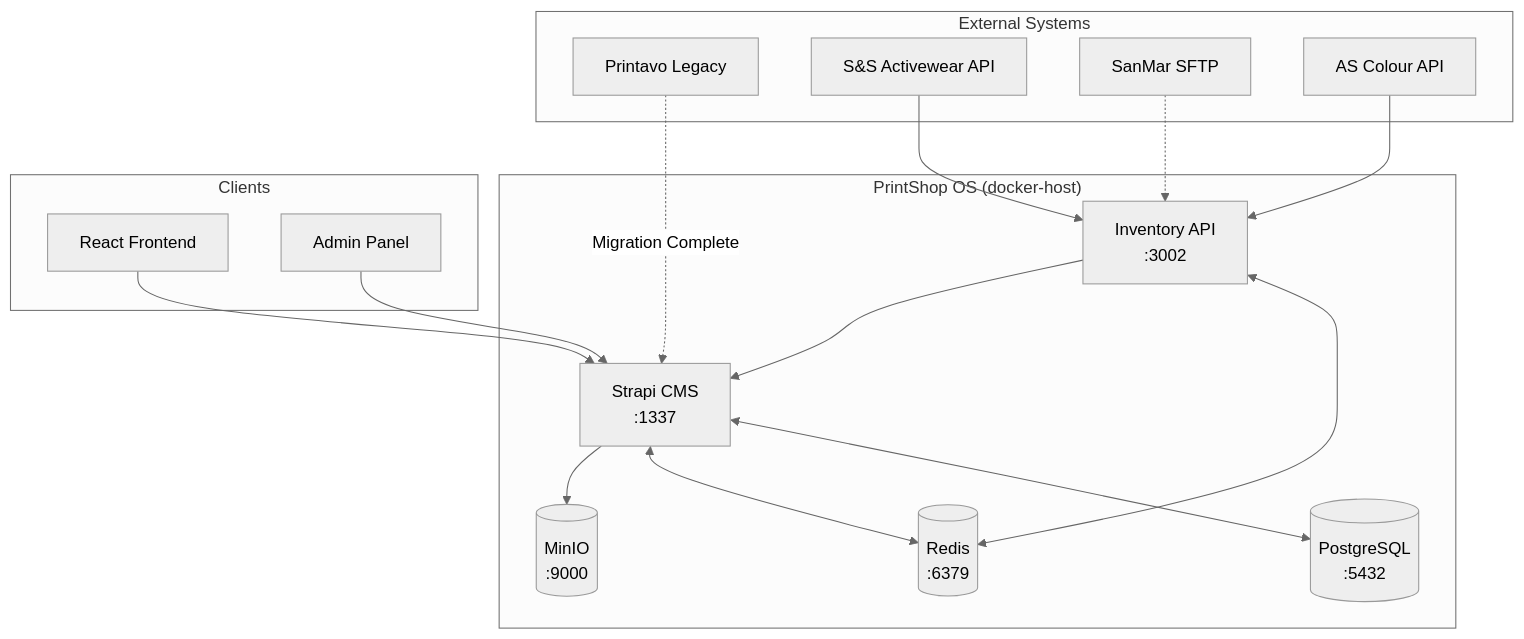
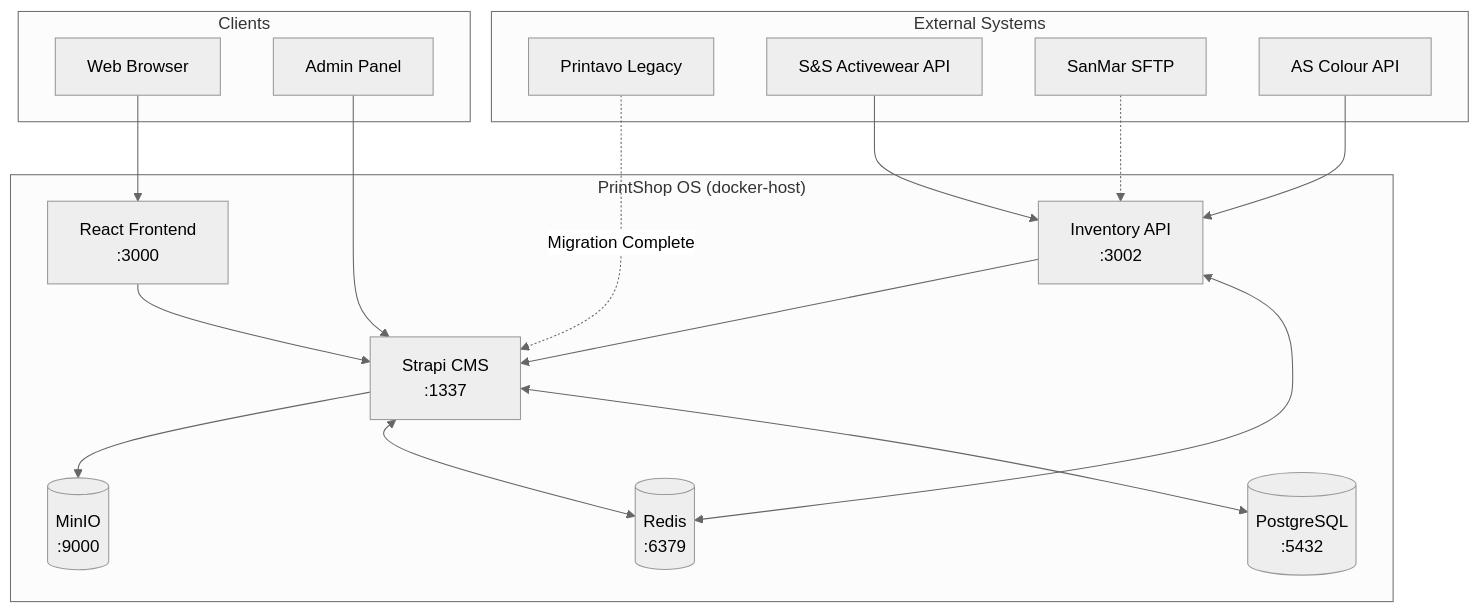
The first of 4 diagrams in docs/ARCHITECTURE_OVERVIEW.md (hypnotizedent/printshop-os), drawn with Mermaid (neutral theme) before and after one commit. The commit also changed other lines of this file and 3 other files, not shown here.

````diff
--- a/docs/ARCHITECTURE_OVERVIEW.md
+++ b/docs/ARCHITECTURE_OVERVIEW.md
@@ -13,37 +13,39 @@
 ```mermaid
 flowchart TB
     subgraph External["External Systems"]
         P[Printavo Legacy]
         SS[S&S Activewear API]
         SM[SanMar SFTP]
         AS[AS Colour API]
     end
     
     subgraph PrintShopOS["PrintShop OS (docker-host)"]
+        FE[React Frontend<br/>:3000]
         ST[Strapi CMS<br/>:1337]
         API[Inventory API<br/>:3002]
         PG[(PostgreSQL<br/>:5432)]
         RD[(Redis<br/>:6379)]
         MO[(MinIO<br/>:9000)]
     end
     
     subgraph Clients["Clients"]
-        FE[React Frontend]
+        WEB[Web Browser]
         AD[Admin Panel]
     end
     
     P -.->|Migration Complete| ST
     SS --> API
     AS --> API
     SM -.-> API
     
     ST <--> PG
     ST <--> RD
     API <--> RD
     API --> ST
     
+    WEB --> FE
     FE --> ST
     AD --> ST
     
     ST --> MO
 ```
````
